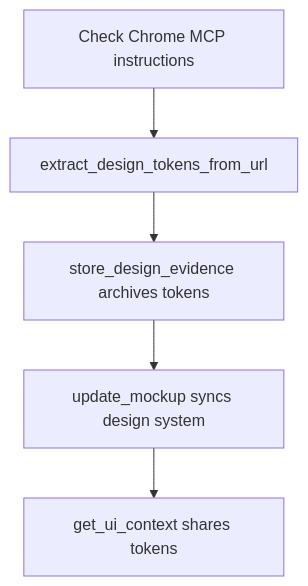
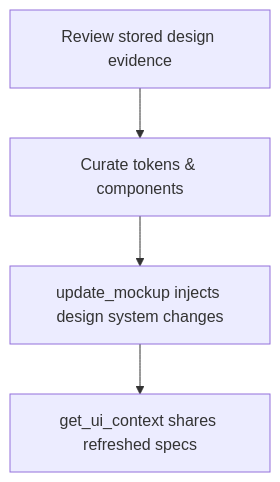
One commit to bacoco/AiDesigner changed the sixth of 19 diagrams in docs/ui-designer-process-charts.md. Above: the diagram before and after it, drawn with Mermaid. The commit also changed other lines of this file, not shown here.

Commit message:
Expand UI persona process charts (#185)

````diff
--- a/docs/ui-designer-process-charts.md
+++ b/docs/ui-designer-process-charts.md
@@ -62,7 +96,6 @@
 ```mermaid
 graph TD
-    A[Check Chrome MCP instructions] --> B[extract_design_tokens_from_url]
-    B --> C[store_design_evidence archives tokens]
-    C --> D[update_mockup syncs design system]
-    D --> E[get_ui_context shares tokens]
+    A[Review stored design evidence] --> B[Curate tokens & components]
+    B --> C[update_mockup injects design system changes]
+    C --> D[get_ui_context shares refreshed specs]
 ```
````
